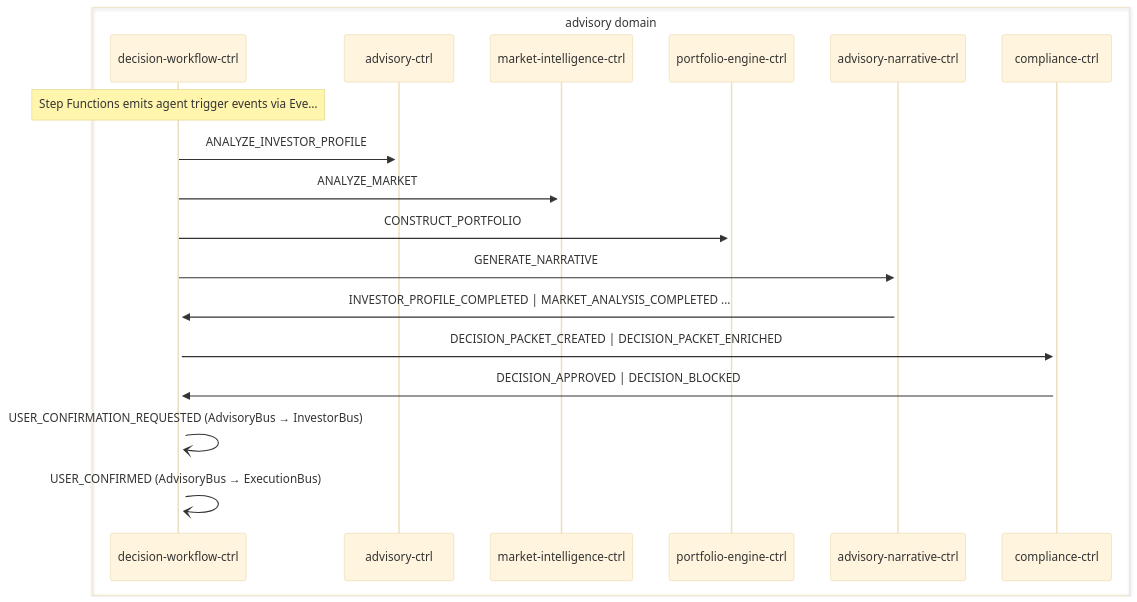
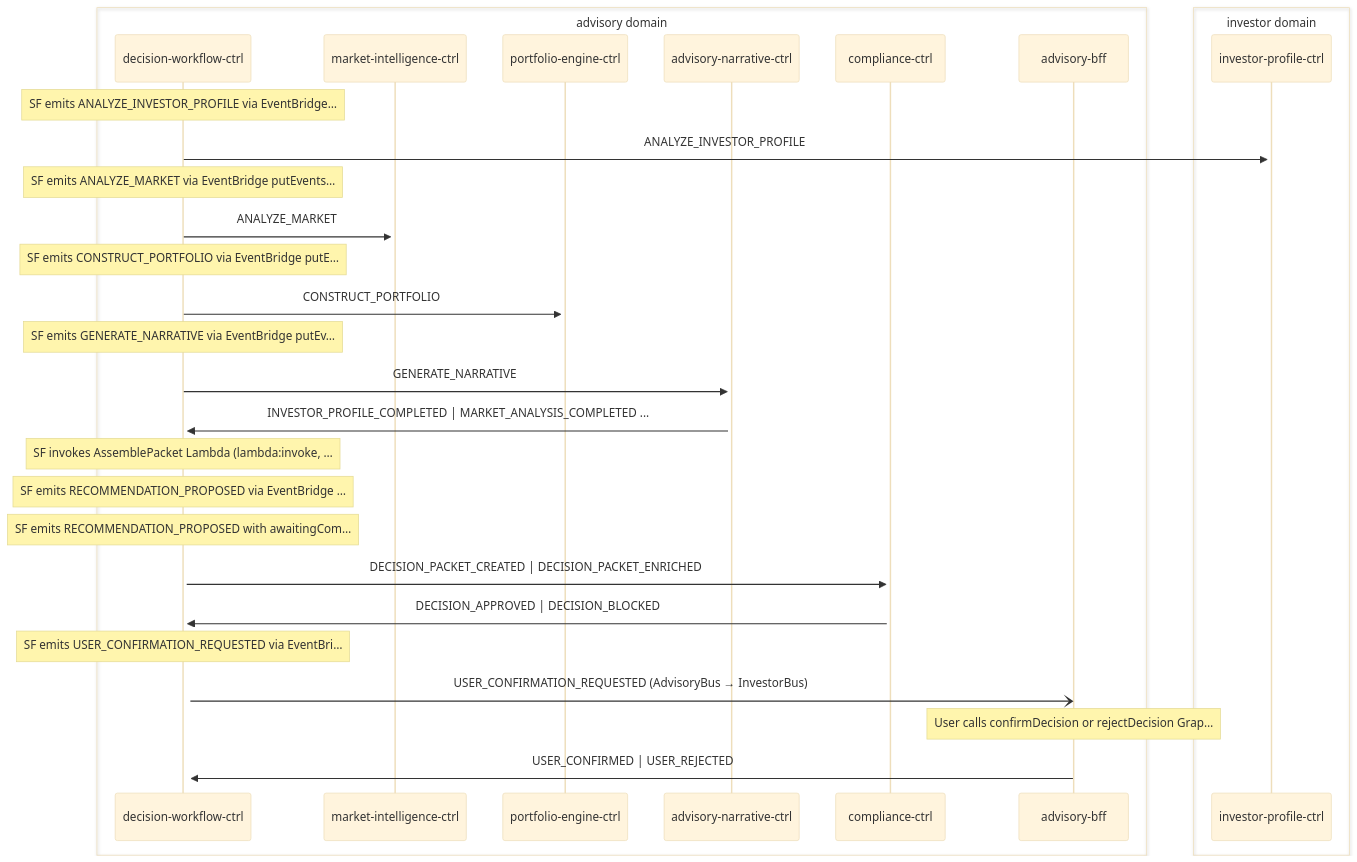
Before and after one commit to fabio-vitali/nestfolio: the second of 2 diagrams in docs/data-flows/advisory-cycle.md, drawn with Mermaid (base theme). The commit also changed other lines of this file and 53 other files, not shown here.

First line of the commit message:
docs: regenerate all service cards, flow specs, and C4 diagrams via /init-docs

````diff
--- a/docs/data-flows/advisory-cycle.md
+++ b/docs/data-flows/advisory-cycle.md
@@ -35,21 +33,32 @@
 ```mermaid
 sequenceDiagram
     box advisory domain
         participant decision_workflow_ctrl as decision-workflow-ctrl
-        participant advisory_ctrl as advisory-ctrl
         participant market_intelligence_ctrl as market-intelligence-ctrl
         participant portfolio_engine_ctrl as portfolio-engine-ctrl
         participant advisory_narrative_ctrl as advisory-narrative-ctrl
         participant compliance_ctrl as compliance-ctrl
+        participant advisory_bff as advisory-bff
     end
-    Note over decision_workflow_ctrl: Step Functions emits agent trigger events via Eve…
-    decision_workflow_ctrl->>+advisory_ctrl: ANALYZE_INVESTOR_PROFILE
+    box investor domain
+        participant investor_profile_ctrl as investor-profile-ctrl
+    end
+    Note over decision_workflow_ctrl: SF emits ANALYZE_INVESTOR_PROFILE via EventBridge…
+    decision_workflow_ctrl->>+investor_profile_ctrl: ANALYZE_INVESTOR_PROFILE
+    Note over decision_workflow_ctrl: SF emits ANALYZE_MARKET via EventBridge putEvents…
     decision_workflow_ctrl->>+market_intelligence_ctrl: ANALYZE_MARKET
+    Note over decision_workflow_ctrl: SF emits CONSTRUCT_PORTFOLIO via EventBridge putE…
     decision_workflow_ctrl->>+portfolio_engine_ctrl: CONSTRUCT_PORTFOLIO
+    Note over decision_workflow_ctrl: SF emits GENERATE_NARRATIVE via EventBridge putEv…
     decision_workflow_ctrl->>+advisory_narrative_ctrl: GENERATE_NARRATIVE
     advisory_narrative_ctrl->>+decision_workflow_ctrl: INVESTOR_PROFILE_COMPLETED | MARKET_ANALYSIS_COMPLETED ...
+    Note over decision_workflow_ctrl: SF invokes AssemblePacket Lambda (lambda:invoke, …
+    Note over decision_workflow_ctrl: SF emits RECOMMENDATION_PROPOSED via EventBridge …
+    Note over decision_workflow_ctrl: SF emits RECOMMENDATION_PROPOSED with awaitingCom…
     decision_workflow_ctrl->>+compliance_ctrl: DECISION_PACKET_CREATED | DECISION_PACKET_ENRICHED
     compliance_ctrl->>+decision_workflow_ctrl: DECISION_APPROVED | DECISION_BLOCKED
-    decision_workflow_ctrl-)decision_workflow_ctrl: USER_CONFIRMATION_REQUESTED (AdvisoryBus → InvestorBus)
-    decision_workflow_ctrl-)decision_workflow_ctrl: USER_CONFIRMED (AdvisoryBus → ExecutionBus)
+    Note over decision_workflow_ctrl: SF emits USER_CONFIRMATION_REQUESTED via EventBri…
+    decision_workflow_ctrl-)advisory_bff: USER_CONFIRMATION_REQUESTED (AdvisoryBus → InvestorBus)
+    Note over advisory_bff: User calls confirmDecision or rejectDecision Grap…
+    advisory_bff->>+decision_workflow_ctrl: USER_CONFIRMED | USER_REJECTED
 ```
````
